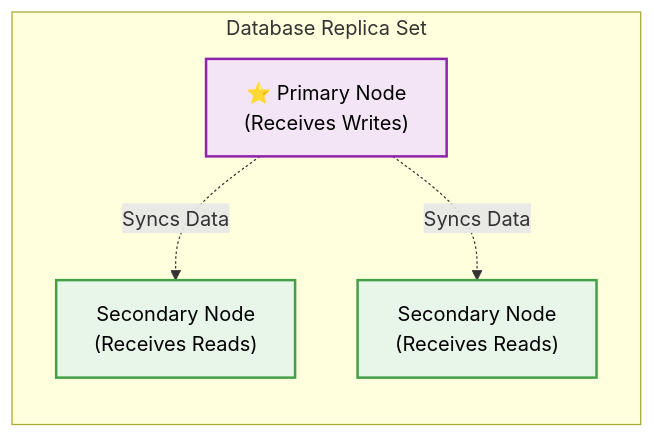
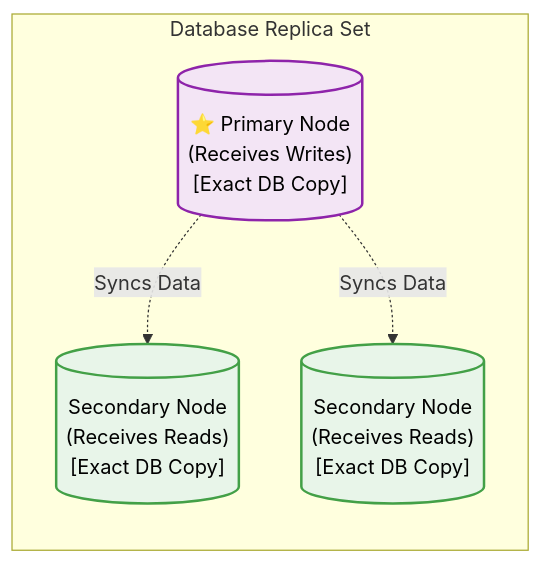
The first of 3 diagrams in DBMS_Clustering_Replica_Sets.md (purnatadikonda5/DBMS-Notes), drawn with Mermaid before and after one commit.

Commit message:
Update diagram shapes to use Database cylinders

````diff
--- a/DBMS_Clustering_Replica_Sets.md
+++ b/DBMS_Clustering_Replica_Sets.md
@@ -28,15 +28,15 @@
 ```mermaid
 flowchart TD
     subgraph Cluster [Database Replica Set]
         direction TB
-        Primary["⭐ Primary Node\n(Receives Writes)"]:::primary
-        Sec1["Secondary Node\n(Receives Reads)"]:::secondary
-        Sec2["Secondary Node\n(Receives Reads)"]:::secondary
+        Primary[("⭐ Primary Node\n(Receives Writes)\n[Exact DB Copy]")]:::primary
+        Sec1[("Secondary Node\n(Receives Reads)\n[Exact DB Copy]")]:::secondary
+        Sec2[("Secondary Node\n(Receives Reads)\n[Exact DB Copy]")]:::secondary
         
         Primary -. "Syncs Data" .-> Sec1
         Primary -. "Syncs Data" .-> Sec2
     end
 
     classDef primary fill:#f3e5f5,stroke:#8e24aa,color:#000,stroke-width:2px;
     classDef secondary fill:#e8f5e9,stroke:#43a047,color:#000,stroke-width:2px;
 ```
````
